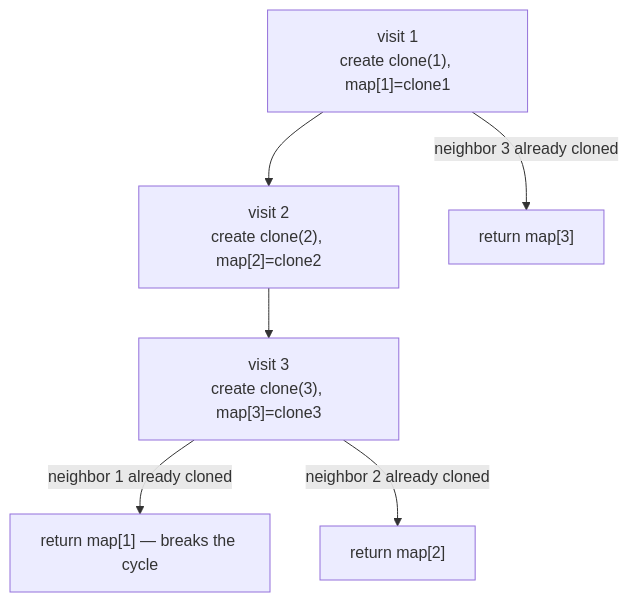
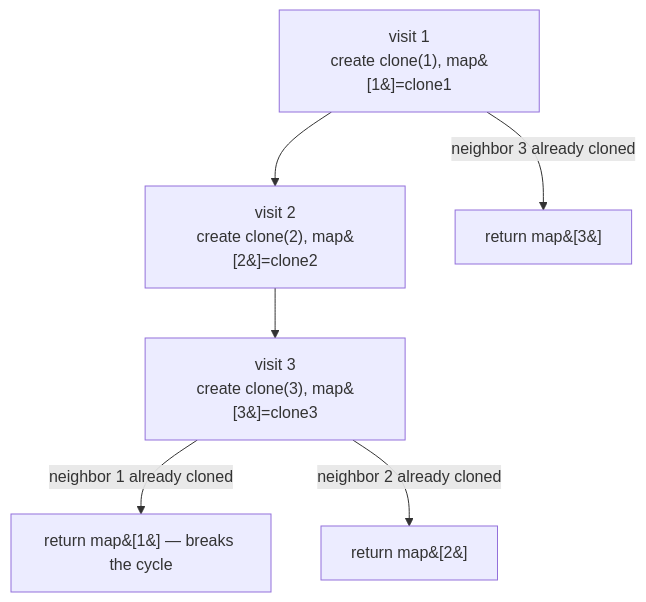
The diagram in topics/11-graphs/02-clone-graph/README.md (Aryan-Jadon18/dsa-placement-prep), drawn with Mermaid before and after one commit. The commit also changed 52 other files, not shown here.

First line of the commit message:
Fix Mermaid diagrams not rendering on GitHub

````diff
--- a/topics/11-graphs/02-clone-graph/README.md
+++ b/topics/11-graphs/02-clone-graph/README.md
@@ -46,8 +46,8 @@
 ```mermaid
 graph TD
-    A["visit 1<br/>create clone(1), map[1]=clone1"] --> B["visit 2<br/>create clone(2), map[2]=clone2"]
-    B --> C["visit 3<br/>create clone(3), map[3]=clone3"]
-    C -->|"neighbor 1 already cloned"| D["return map[1] — breaks the cycle"]
-    C -->|"neighbor 2 already cloned"| E["return map[2]"]
-    A -->|"neighbor 3 already cloned"| F["return map[3]"]
+    A["visit 1<br/>create clone(1), map&#91;1&#93;=clone1"] --> B["visit 2<br/>create clone(2), map&#91;2&#93;=clone2"]
+    B --> C["visit 3<br/>create clone(3), map&#91;3&#93;=clone3"]
+    C -->|"neighbor 1 already cloned"| D["return map&#91;1&#93; — breaks the cycle"]
+    C -->|"neighbor 2 already cloned"| E["return map&#91;2&#93;"]
+    A -->|"neighbor 3 already cloned"| F["return map&#91;3&#93;"]
 ```
````
